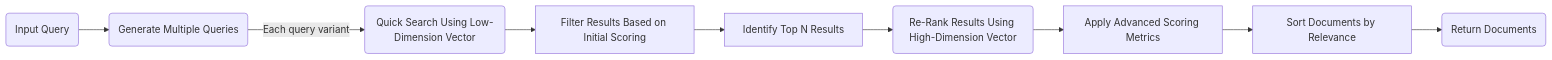
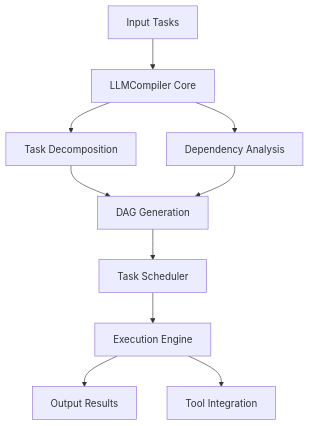
One commit to ZanzyTHEbar/dragonscale changed the first of 2 diagrams in README.md. Above: the diagram before and after it, drawn with Mermaid. The commit also changed other lines of this file and 16 other files, not shown here.

````diff
--- a/README.md
+++ b/README.md
@@ -132,11 +39,12 @@
 ```mermaid
-graph LR
-    A(Input Query) --> B(Generate Multiple Queries)
-    B -->|Each query variant| C(Quick Search Using Low-Dimension Vector)
-    C --> D1[Filter Results Based on Initial Scoring]
-    D1 --> D2[Identify Top N Results]
-    D2 --> E(Re-Rank Results Using High-Dimension Vector)
-    E --> F1[Apply Advanced Scoring Metrics]
-    F1 --> F2[Sort Documents by Relevance]
-    F2 --> G(Return Documents)
+graph TD
+    A[Input Tasks] --> B[LLMCompiler Core]
+    B --> C[Task Decomposition]
+    B --> D[Dependency Analysis]
+    C --> E[DAG Generation]
+    D --> E
+    E --> F[Task Scheduler]
+    F --> G[Execution Engine]
+    G --> H[Output Results]
+    G --> I[Tool Integration]
 ```
````
